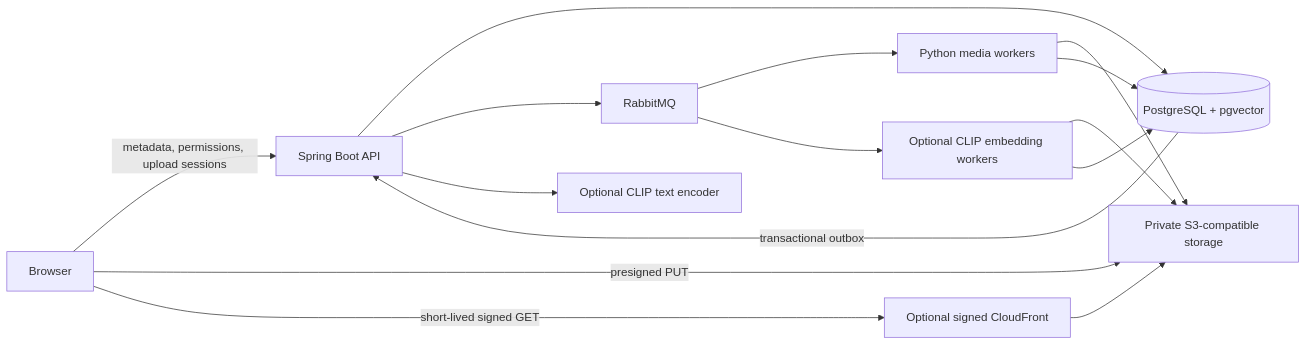
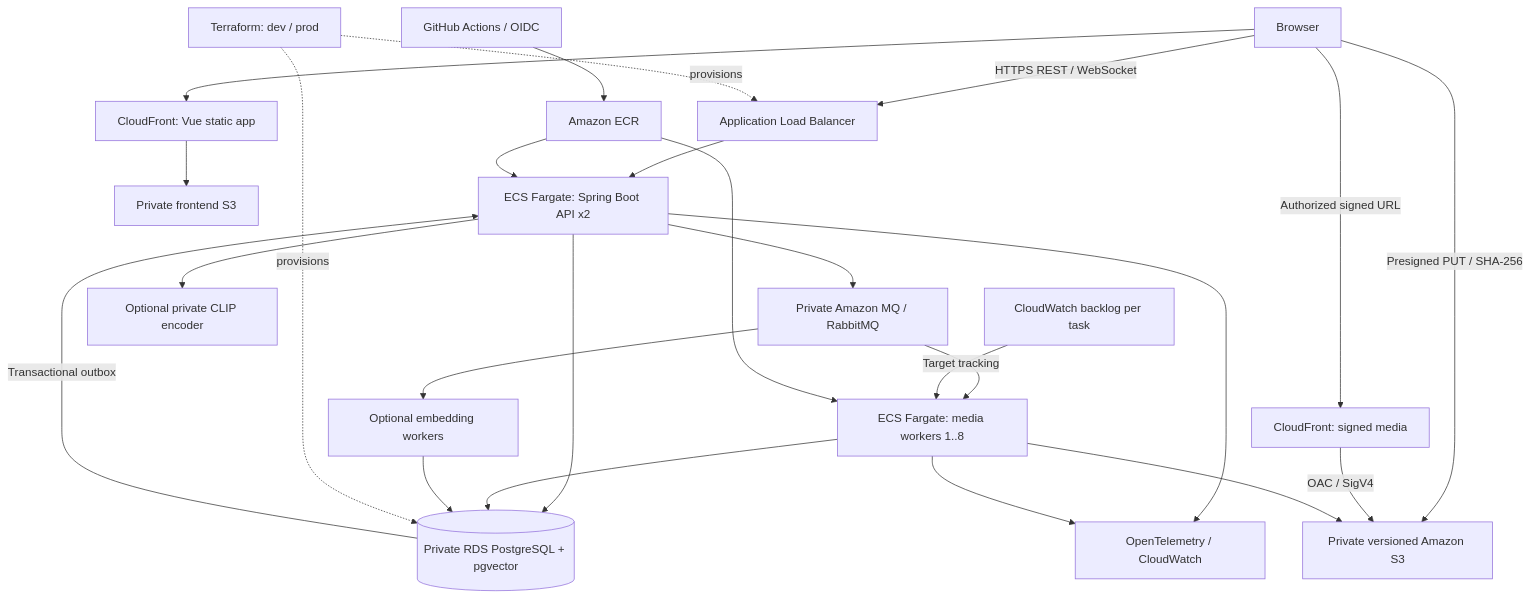
The diagram in README.md (GU2thousand/Photoplatform), drawn with Mermaid before and after one commit. The commit also changed other lines of this file and 123 other files, not shown here.

````diff
--- a/README.md
+++ b/README.md
@@ -15,17 +17,27 @@
 ```mermaid
-flowchart LR
-  Browser -->|metadata, permissions, upload sessions|API[Spring Boot API]
-  Browser -->|presigned PUT|S3[Private S3-compatible storage]
-  API --> DB[(PostgreSQL + pgvector)]
-  DB -->|transactional outbox|API
-  API --> MQ[RabbitMQ]
-  MQ --> Worker[Python media workers]
+flowchart TB
+  Browser --> FrontCDN[CloudFront: Vue static app]
+  FrontCDN --> Static[Private frontend S3]
+  Browser -->|HTTPS REST / WebSocket|ALB[Application Load Balancer]
+  Browser -->|Presigned PUT / SHA-256|S3[Private versioned Amazon S3]
+  Browser -->|Authorized signed URL|MediaCDN[CloudFront: signed media]
+  MediaCDN -->|OAC / SigV4|S3
+  ALB --> API[ECS Fargate: Spring Boot API x2]
+  API --> DB[(Private RDS PostgreSQL + pgvector)]
+  DB -->|Transactional outbox|API
+  API --> MQ[Private Amazon MQ / RabbitMQ]
+  MQ --> Worker[ECS Fargate: media workers 1..8]
   Worker --> S3
   Worker --> DB
-  MQ --> Embed[Optional CLIP embedding workers]
-  Embed --> S3
+  MQ --> Embed[Optional embedding workers]
   Embed --> DB
-  API --> Encoder[Optional CLIP text encoder]
-  Browser -->|short-lived signed GET|CDN[Optional signed CloudFront]
-  CDN --> S3
+  API --> Encoder[Optional private CLIP encoder]
+  Metrics[CloudWatch backlog per task] -->|Target tracking|Worker
+  API --> OTel[OpenTelemetry / CloudWatch]
+  Worker --> OTel
+  CI[GitHub Actions / OIDC] --> ECR[Amazon ECR]
+  ECR --> API
+  ECR --> Worker
+  IaC[Terraform: dev / prod] -. provisions .-> ALB
+  IaC -. provisions .-> DB
 ```
````
